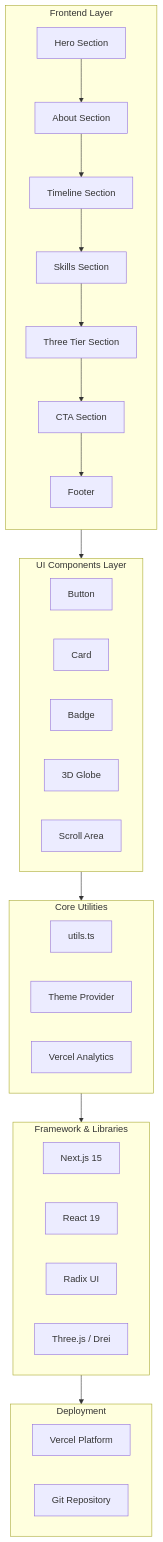
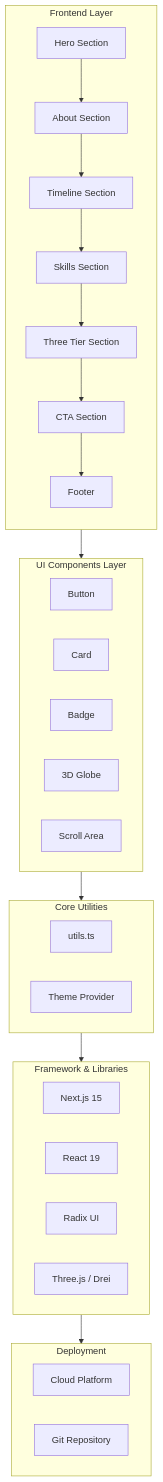
One commit to girishlade111/personal-landing-page changed the diagram in README.md. Above: the diagram before and after it, drawn with Mermaid. The commit also changed other lines of this file, not shown here.

Commit message:
chore: remove Vercel-specific branding and documentation from README

````diff
--- a/README.md
+++ b/README.md
@@ -28,47 +27,46 @@
 ```mermaid
 flowchart TB
     subgraph Client["Frontend Layer"]
         direction TB
         Hero[Hero Section] --> About[About Section]
         About --> Timeline[Timeline Section]
         Timeline --> Skills[Skills Section]
         Skills --> Services[Three Tier Section]
         Services --> CTA[CTA Section]
         CTA --> Footer[Footer]
     end
 
     subgraph UI["UI Components Layer"]
         direction LR
         Button[Button]
         Card[Card]
         Badge[Badge]
         Globe[3D Globe]
         ScrollArea[Scroll Area]
     end
 
     subgraph Core["Core Utilities"]
         direction LR
         Utils[utils.ts]
         Theme[Theme Provider]
-        Analytics[Vercel Analytics]
     end
 
     subgraph Frameworks["Framework & Libraries"]
         direction LR
         NextJS[Next.js 15]
         React[React 19]
         Radix[Radix UI]
         Three[Three.js / Drei]
     end
 
     subgraph Deployment["Deployment"]
         direction LR
-        Vercel[Vercel Platform]
+        Cloud[Cloud Platform]
         Git[Git Repository]
     end
 
     Client --> UI
     UI --> Core
     Core --> Frameworks
     Frameworks --> Deployment
 ```
````
